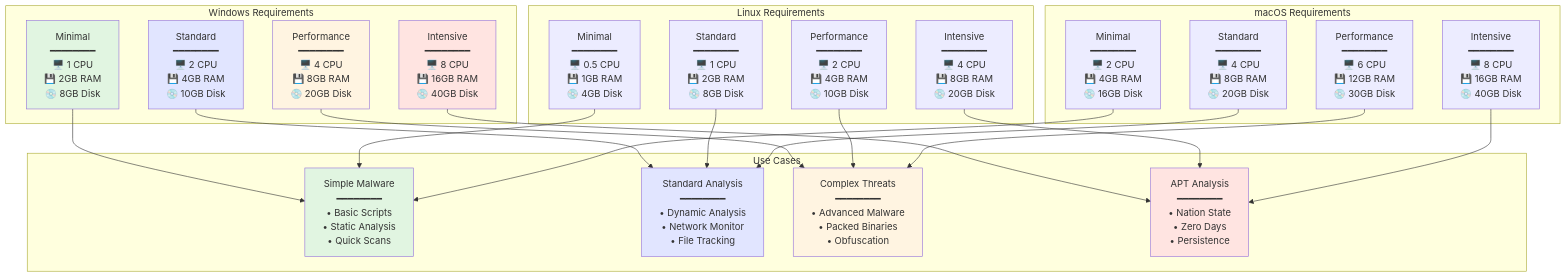
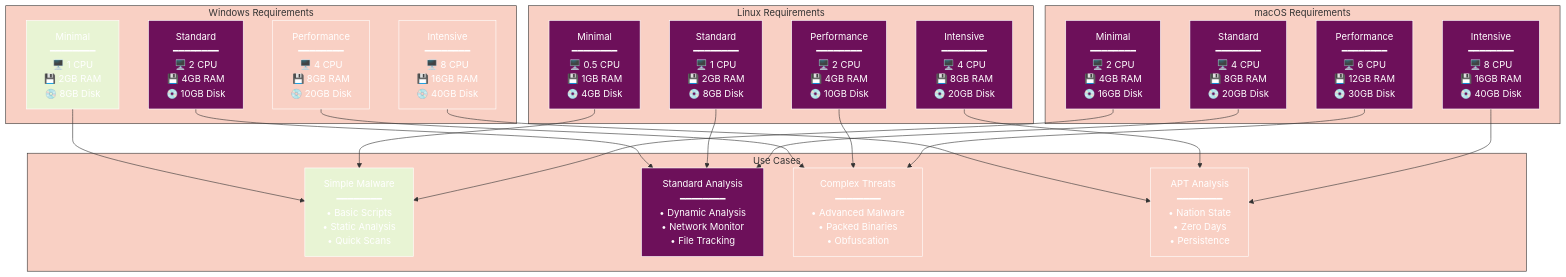
One commit to radicalkjax/Athena changed the ninth of 23 diagrams in docs/CONTAINER_ISOLATION.md. Above: the diagram before and after it, drawn with Mermaid. The commit also changed other lines of this file and 27 other files, not shown here.

Commit message:
Introduction of expo package manager. Updated docs to reflect changes. Unified mermaid theme for docs.

````diff
--- a/docs/CONTAINER_ISOLATION.md
+++ b/docs/CONTAINER_ISOLATION.md
@@ -457,55 +625,76 @@
 ```mermaid
+%%{init: {
+  'theme': 'base',
+  'themeVariables': {
+    'primaryColor': '#6d105a',
+    'primaryTextColor': '#ffffff',
+    'primaryBorderColor': '#ffffff',
+    'lineColor': '#333333',
+    'secondaryColor': '#e8f4d4',
+    'secondaryTextColor': '#333333',
+    'secondaryBorderColor': '#333333',
+    'tertiaryColor': '#f9d0c4',
+    'tertiaryTextColor': '#333333',
+    'tertiaryBorderColor': '#333333',
+    'background': '#ffffff',
+    'mainBkg': '#6d105a',
+    'secondBkg': '#e8f4d4',
+    'tertiaryBkg': '#f9d0c4',
+    'textColor': '#333333',
+    'fontFamily': 'Arial, sans-serif'
+  }
+}}%%
 graph TB
     subgraph "Windows Requirements"
         WMin[Minimal<br/>━━━━━━━━<br/>🖥️ 1 CPU<br/>💾 2GB RAM<br/>💿 8GB Disk]
         WStd[Standard<br/>━━━━━━━━<br/>🖥️ 2 CPU<br/>💾 4GB RAM<br/>💿 10GB Disk]
         WPerf[Performance<br/>━━━━━━━━<br/>🖥️ 4 CPU<br/>💾 8GB RAM<br/>💿 20GB Disk]
         WInt[Intensive<br/>━━━━━━━━<br/>🖥️ 8 CPU<br/>💾 16GB RAM<br/>💿 40GB Disk]
     end
     
     subgraph "Linux Requirements"
         LMin[Minimal<br/>━━━━━━━━<br/>🖥️ 0.5 CPU<br/>💾 1GB RAM<br/>💿 4GB Disk]
         LStd[Standard<br/>━━━━━━━━<br/>🖥️ 1 CPU<br/>💾 2GB RAM<br/>💿 8GB Disk]
         LPerf[Performance<br/>━━━━━━━━<br/>🖥️ 2 CPU<br/>💾 4GB RAM<br/>💿 10GB Disk]
         LInt[Intensive<br/>━━━━━━━━<br/>🖥️ 4 CPU<br/>💾 8GB RAM<br/>💿 20GB Disk]
     end
     
     subgraph "macOS Requirements"
         MMin[Minimal<br/>━━━━━━━━<br/>🖥️ 2 CPU<br/>💾 4GB RAM<br/>💿 16GB Disk]
         MStd[Standard<br/>━━━━━━━━<br/>🖥️ 4 CPU<br/>💾 8GB RAM<br/>💿 20GB Disk]
         MPerf[Performance<br/>━━━━━━━━<br/>🖥️ 6 CPU<br/>💾 12GB RAM<br/>💿 30GB Disk]
         MInt[Intensive<br/>━━━━━━━━<br/>🖥️ 8 CPU<br/>💾 16GB RAM<br/>💿 40GB Disk]
     end
     
     subgraph "Use Cases"
         UC1[Simple Malware<br/>━━━━━━━━<br/>• Basic Scripts<br/>• Static Analysis<br/>• Quick Scans]
         UC2[Standard Analysis<br/>━━━━━━━━<br/>• Dynamic Analysis<br/>• Network Monitor<br/>• File Tracking]
         UC3[Complex Threats<br/>━━━━━━━━<br/>• Advanced Malware<br/>• Packed Binaries<br/>• Obfuscation]
         UC4[APT Analysis<br/>━━━━━━━━<br/>• Nation State<br/>• Zero Days<br/>• Persistence]
     end
     
     WMin --> UC1
     LMin --> UC1
     MMin --> UC1
     
     WStd --> UC2
     LStd --> UC2
     MStd --> UC2
     
     WPerf --> UC3
     LPerf --> UC3
     MPerf --> UC3
     
     WInt --> UC4
     LInt --> UC4
     MInt --> UC4
     
-    style WMin fill:#e1f5e1
-    style WStd fill:#e1e5ff
-    style WPerf fill:#fff4e1
-    style WInt fill:#ffe4e1
-    style UC1 fill:#e1f5e1
-    style UC2 fill:#e1e5ff
-    style UC3 fill:#fff4e1
-    style UC4 fill:#ffe4e1
+    style WMin fill:#e8f4d4
+    style WStd fill:#6d105a
+    style WPerf fill:#f9d0c4
+    style WInt fill:#f9d0c4
+    style UC1 fill:#e8f4d4
+    style UC2 fill:#6d105a
+    style UC3 fill:#f9d0c4
+    style UC4 fill:#f9d0c4
 ```
````
